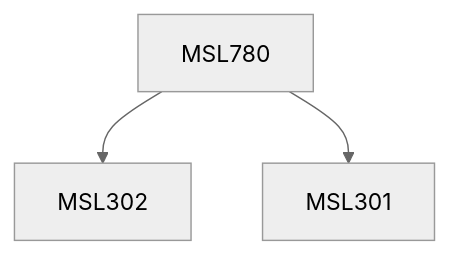
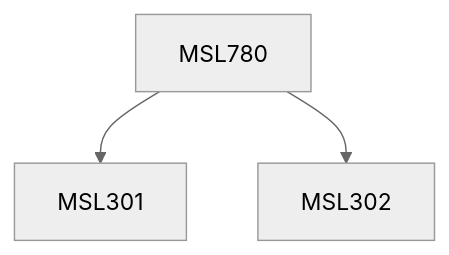
Before and after one commit to KeshavBansal0122/CoS_Website: the diagram in content/Management Studies/MSL780.md, drawn with Mermaid (neutral theme). The commit also changed other lines of this file and 2662 other files, not shown here.

````diff
--- a/content/Management Studies/MSL780.md
+++ b/content/Management Studies/MSL780.md
@@ -13,9 +13,9 @@
 ```mermaid
 flowchart TD
 MSL780-530[MSL780]
+MSL780-530 --> MSL301-530[MSL301]
 MSL780-530 --> MSL302-530[MSL302]
-MSL780-530 --> MSL301-530[MSL301]
 
 classDef empty height:17px, fill:transparent, stroke:transparent;
 classDef trueEmpty height:0px, width:0px;
 ```
````
